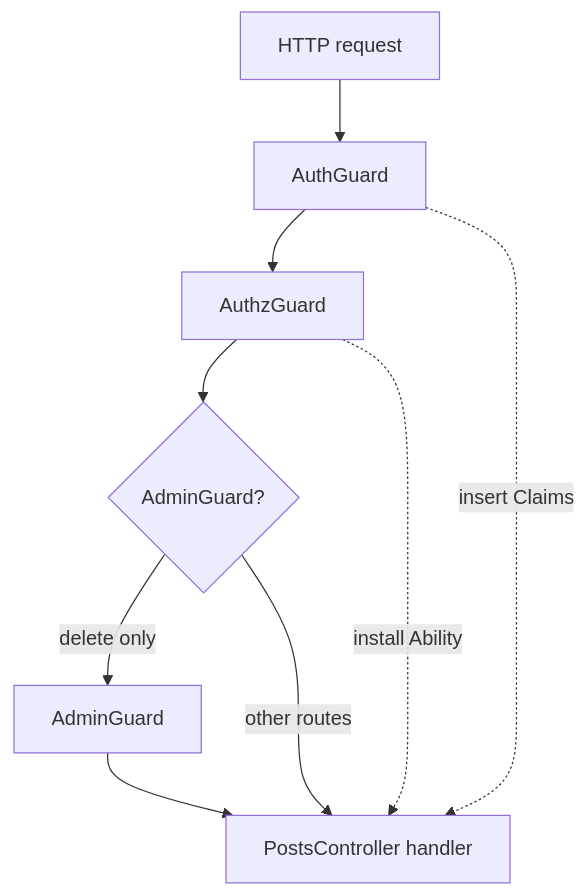
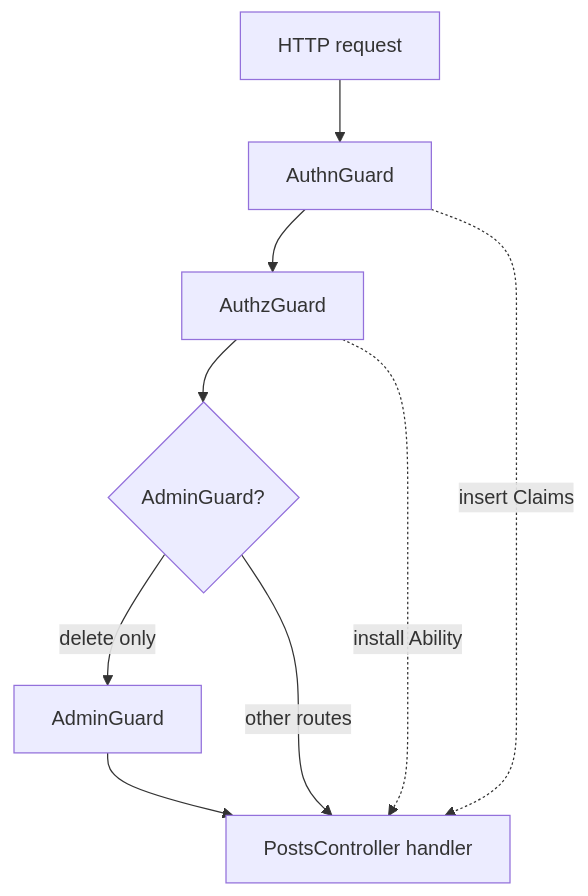
One commit to YV17labs/NestRS changed the second of 4 diagrams in docs/src/content/docs/fundamentals/guards.mdx. Above: the diagram before and after it, drawn with Mermaid. The commit also changed other lines of this file and 95 other files, not shown here.

First line of the commit message:
refactor(authn)!: rename AuthGuard to AuthnGuard

````diff
--- a/docs/src/content/docs/fundamentals/guards.mdx
+++ b/docs/src/content/docs/fundamentals/guards.mdx
@@ -187,11 +187,11 @@
 ```mermaid
 flowchart TB
-  REQ[HTTP request] --> AG[AuthGuard]
+  REQ[HTTP request] --> AG[AuthnGuard]
   AG --> AZ[AuthzGuard]
   AZ --> AD{AdminGuard?}
   AD -->|delete only| ADG[AdminGuard]
   AD -->|other routes| H[PostsController handler]
   ADG --> H
   AG -. "insert Claims" .-> H
   AZ -. "install Ability" .-> H
 ```
````
